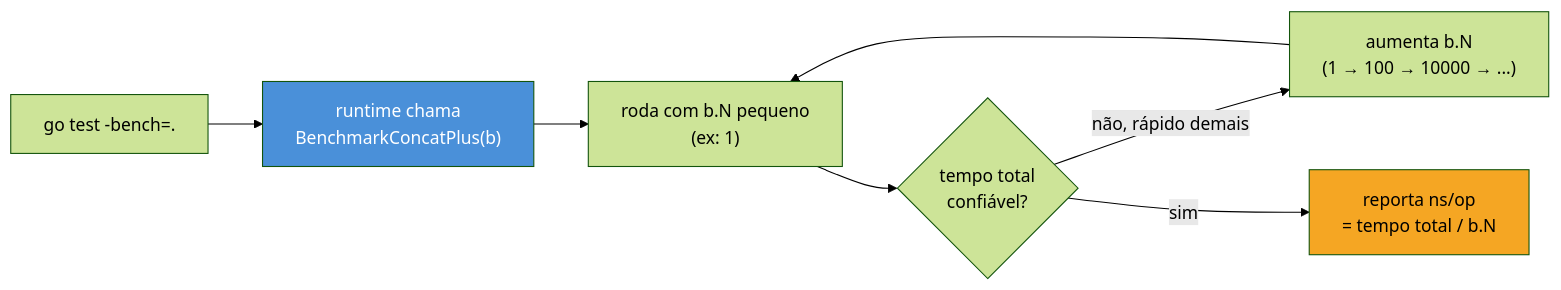
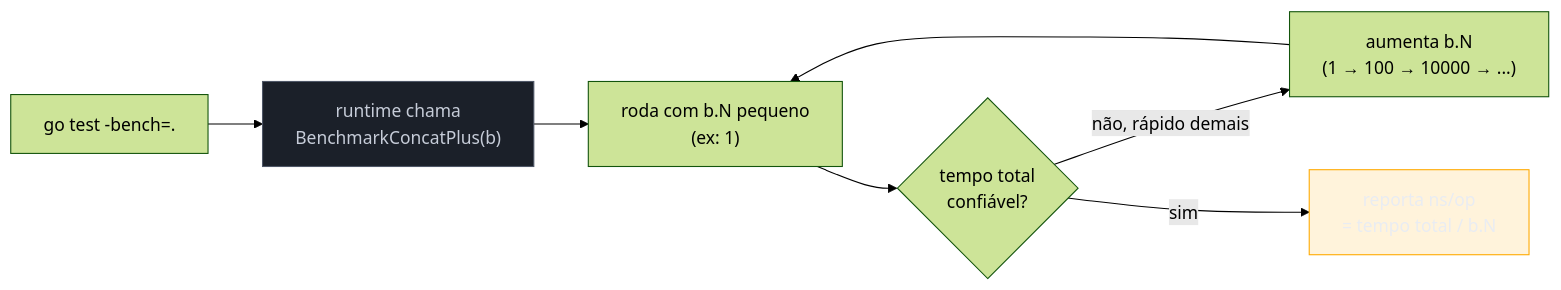
Before and after one commit to josenaldo/codex-technomanticus: the diagram in 03-Dominios/Tecnologia/Go/15 - Testes/06 - Benchmarks.md, drawn with Mermaid (forest theme). The commit also changed 1181 other files, not shown here.

First line of the commit message:
fix(diagramas): paleta do sistema no lugar de cor cravada no markdown

````diff
--- a/03-Dominios/Tecnologia/Go/15 - Testes/06 - Benchmarks.md
+++ b/03-Dominios/Tecnologia/Go/15 - Testes/06 - Benchmarks.md
@@ -44,12 +44,14 @@
 ```mermaid
 flowchart LR
+    classDef neutro fill:#1B2029,stroke:#4E5666,color:#C6CCD8
+    classDef destaque fill:#FFAA0024,stroke:#FFAA00,color:#E9ECF2
     A["go test -bench=."] --> B["runtime chama\nBenchmarkConcatPlus(b)"]
     B --> C["roda com b.N pequeno\n(ex: 1)"]
     C --> D{"tempo total\nconfiável?"}
     D -->|"não, rápido demais"| E["aumenta b.N\n(1 → 100 → 10000 → ...)"]
     E --> C
     D -->|"sim"| F["reporta ns/op\n= tempo total / b.N"]
 
-    style B fill:#4A90D9,color:#fff
-    style F fill:#F5A623,color:#000
+    class B neutro
+    class F destaque
 ```
````
